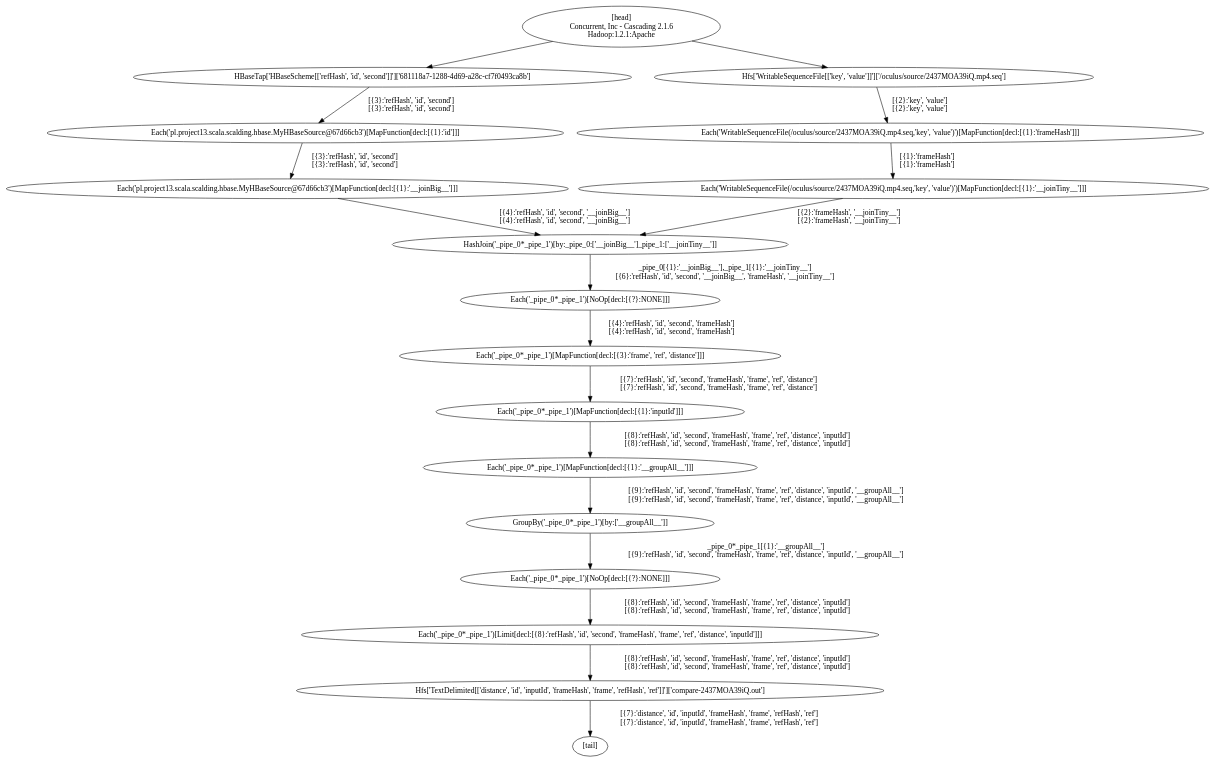
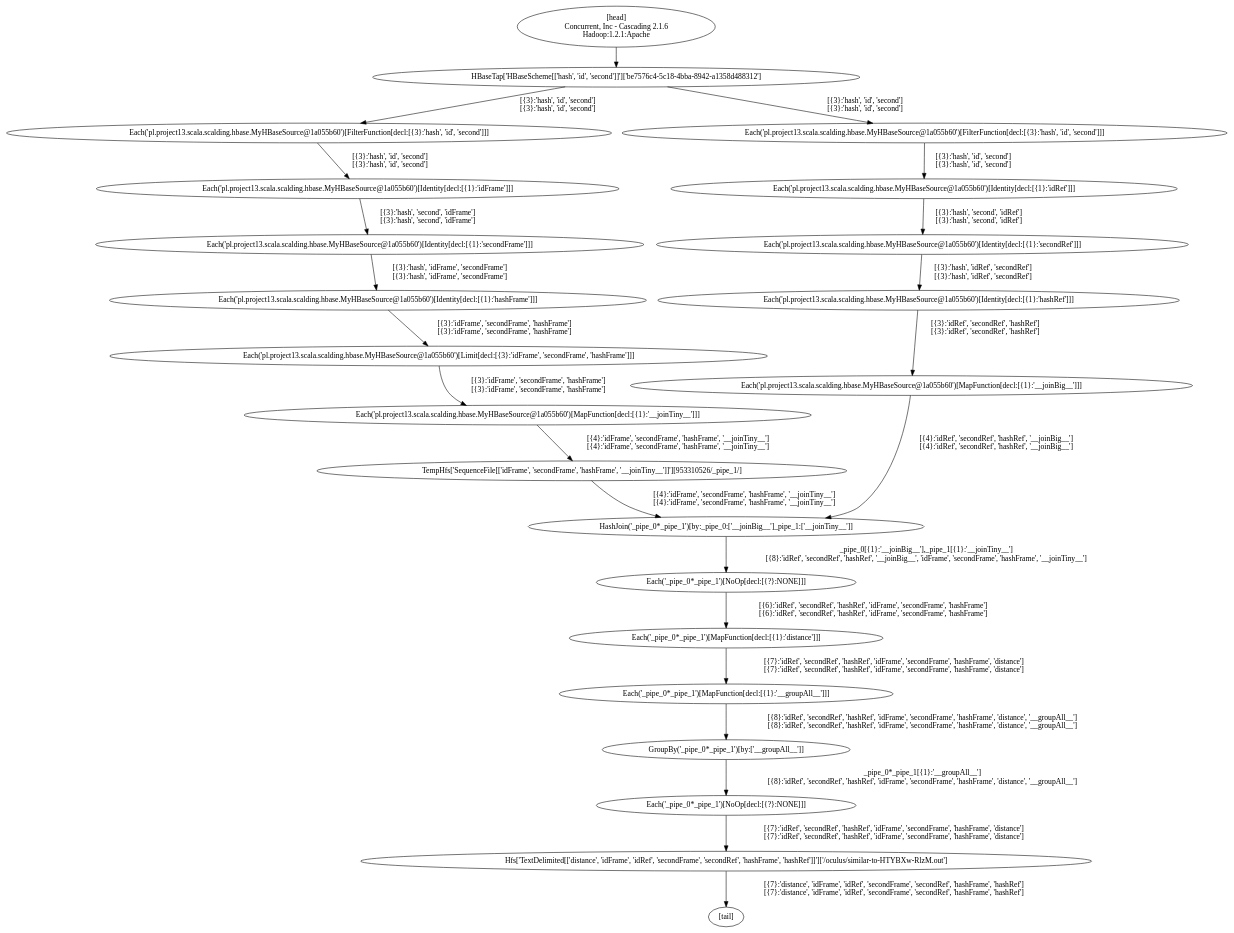
Before and after one commit to ktoso/oculus: the diagram in pl.project13.scala.oculus.job.FindSimilarMoviesJob0.dot, drawn with Graphviz. The commit also changed 1 other file, not shown here.

```diff
--- a/pl.project13.scala.oculus.job.FindSimilarMoviesJob0.dot
+++ b/pl.project13.scala.oculus.job.FindSimilarMoviesJob0.dot
@@ -1,36 +1,46 @@
 digraph G {
-  1 [label = "Hfs['TextDelimited[['distance', 'id', 'inputId', 'frameHash', 'frame', 'refHash', 'ref']]']['compare-2437MOA39iQ.out']"];
-  2 [label = "Each('_pipe_0*_pipe_1')[Limit[decl:[{8}:'refHash', 'id', 'second', 'frameHash', 'frame', 'ref', 'distance', 'inputId']]]"];
-  3 [label = "Each('_pipe_0*_pipe_1')[NoOp[decl:[{?}:NONE]]]"];
-  4 [label = "GroupBy('_pipe_0*_pipe_1')[by:['__groupAll__']]"];
-  5 [label = "Each('_pipe_0*_pipe_1')[MapFunction[decl:[{1}:'__groupAll__']]]"];
-  6 [label = "Each('_pipe_0*_pipe_1')[MapFunction[decl:[{1}:'inputId']]]"];
-  7 [label = "Each('_pipe_0*_pipe_1')[MapFunction[decl:[{3}:'frame', 'ref', 'distance']]]"];
-  8 [label = "Each('_pipe_0*_pipe_1')[NoOp[decl:[{?}:NONE]]]"];
-  9 [label = "HashJoin('_pipe_0*_pipe_1')[by:_pipe_0:['__joinBig__']_pipe_1:['__joinTiny__']]"];
-  10 [label = "Each('pl.project13.scala.scalding.hbase.MyHBaseSource@67d66cb3')[MapFunction[decl:[{1}:'__joinBig__']]]"];
-  11 [label = "Each('pl.project13.scala.scalding.hbase.MyHBaseSource@67d66cb3')[MapFunction[decl:[{1}:'id']]]"];
-  12 [label = "HBaseTap['HBaseScheme[['refHash', 'id', 'second']]']['681118a7-1288-4d69-a28c-cf7f0493ca8b']"];
-  13 [label = "Each('WritableSequenceFile(/oculus/source/2437MOA39iQ.mp4.seq,'key', 'value')')[MapFunction[decl:[{1}:'__joinTiny__']]]"];
-  14 [label = "Each('WritableSequenceFile(/oculus/source/2437MOA39iQ.mp4.seq,'key', 'value')')[MapFunction[decl:[{1}:'frameHash']]]"];
-  15 [label = "Hfs['WritableSequenceFile[['key', 'value']]']['/oculus/source/2437MOA39iQ.mp4.seq']"];
-  16 [label = "[head]\nConcurrent, Inc - Cascading 2.1.6\nHadoop:1.2.1:Apache"];
-  17 [label = "[tail]"];
-  11 -> 10 [label = "[{3}:'refHash', 'id', 'second']\n[{3}:'refHash', 'id', 'second']"];
-  14 -> 13 [label = "[{1}:'frameHash']\n[{1}:'frameHash']"];
-  9 -> 8 [label = "_pipe_0[{1}:'__joinBig__'],_pipe_1[{1}:'__joinTiny__']\n[{6}:'refHash', 'id', 'second', '__joinBig__', 'frameHash', '__joinTiny__']"];
-  8 -> 7 [label = "[{4}:'refHash', 'id', 'second', 'frameHash']\n[{4}:'refHash', 'id', 'second', 'frameHash']"];
-  7 -> 6 [label = "[{7}:'refHash', 'id', 'second', 'frameHash', 'frame', 'ref', 'distance']\n[{7}:'refHash', 'id', 'second', 'frameHash', 'frame', 'ref', 'distance']"];
-  6 -> 5 [label = "[{8}:'refHash', 'id', 'second', 'frameHash', 'frame', 'ref', 'distance', 'inputId']\n[{8}:'refHash', 'id', 'second', 'frameHash', 'frame', 'ref', 'distance', 'inputId']"];
-  5 -> 4 [label = "[{9}:'refHash', 'id', 'second', 'frameHash', 'frame', 'ref', 'distance', 'inputId', '__groupAll__']\n[{9}:'refHash', 'id', 'second', 'frameHash', 'frame', 'ref', 'distance', 'inputId', '__groupAll__']"];
-  4 -> 3 [label = "_pipe_0*_pipe_1[{1}:'__groupAll__']\n[{9}:'refHash', 'id', 'second', 'frameHash', 'frame', 'ref', 'distance', 'inputId', '__groupAll__']"];
-  3 -> 2 [label = "[{8}:'refHash', 'id', 'second', 'frameHash', 'frame', 'ref', 'distance', 'inputId']\n[{8}:'refHash', 'id', 'second', 'frameHash', 'frame', 'ref', 'distance', 'inputId']"];
-  16 -> 15 [label = ""];
-  16 -> 12 [label = ""];
-  1 -> 17 [label = "[{7}:'distance', 'id', 'inputId', 'frameHash', 'frame', 'refHash', 'ref']\n[{7}:'distance', 'id', 'inputId', 'frameHash', 'frame', 'refHash', 'ref']"];
-  12 -> 11 [label = "[{3}:'refHash', 'id', 'second']\n[{3}:'refHash', 'id', 'second']"];
-  10 -> 9 [label = "[{4}:'refHash', 'id', 'second', '__joinBig__']\n[{4}:'refHash', 'id', 'second', '__joinBig__']"];
-  2 -> 1 [label = "[{8}:'refHash', 'id', 'second', 'frameHash', 'frame', 'ref', 'distance', 'inputId']\n[{8}:'refHash', 'id', 'second', 'frameHash', 'frame', 'ref', 'distance', 'inputId']"];
-  15 -> 14 [label = "[{2}:'key', 'value']\n[{2}:'key', 'value']"];
-  13 -> 9 [label = "[{2}:'frameHash', '__joinTiny__']\n[{2}:'frameHash', '__joinTiny__']"];
+  1 [label = "Hfs['TextDelimited[['distance', 'idFrame', 'idRef', 'secondFrame', 'secondRef', 'hashFrame', 'hashRef']]']['/oculus/similar-to-HTYBXw-RlzM.out']"];
+  2 [label = "Each('_pipe_0*_pipe_1')[NoOp[decl:[{?}:NONE]]]"];
+  3 [label = "GroupBy('_pipe_0*_pipe_1')[by:['__groupAll__']]"];
+  4 [label = "Each('_pipe_0*_pipe_1')[MapFunction[decl:[{1}:'__groupAll__']]]"];
+  5 [label = "Each('_pipe_0*_pipe_1')[MapFunction[decl:[{1}:'distance']]]"];
+  6 [label = "Each('_pipe_0*_pipe_1')[NoOp[decl:[{?}:NONE]]]"];
+  7 [label = "HashJoin('_pipe_0*_pipe_1')[by:_pipe_0:['__joinBig__']_pipe_1:['__joinTiny__']]"];
+  8 [label = "Each('pl.project13.scala.scalding.hbase.MyHBaseSource@1a055b60')[MapFunction[decl:[{1}:'__joinTiny__']]]"];
+  9 [label = "Each('pl.project13.scala.scalding.hbase.MyHBaseSource@1a055b60')[Limit[decl:[{3}:'idFrame', 'secondFrame', 'hashFrame']]]"];
+  10 [label = "Each('pl.project13.scala.scalding.hbase.MyHBaseSource@1a055b60')[Identity[decl:[{1}:'hashFrame']]]"];
+  11 [label = "Each('pl.project13.scala.scalding.hbase.MyHBaseSource@1a055b60')[Identity[decl:[{1}:'secondFrame']]]"];
+  12 [label = "Each('pl.project13.scala.scalding.hbase.MyHBaseSource@1a055b60')[Identity[decl:[{1}:'idFrame']]]"];
+  13 [label = "Each('pl.project13.scala.scalding.hbase.MyHBaseSource@1a055b60')[FilterFunction[decl:[{3}:'hash', 'id', 'second']]]"];
+  14 [label = "HBaseTap['HBaseScheme[['hash', 'id', 'second']]']['be7576c4-5c18-4bba-8942-a1358d488312']"];
+  15 [label = "Each('pl.project13.scala.scalding.hbase.MyHBaseSource@1a055b60')[MapFunction[decl:[{1}:'__joinBig__']]]"];
+  16 [label = "Each('pl.project13.scala.scalding.hbase.MyHBaseSource@1a055b60')[Identity[decl:[{1}:'hashRef']]]"];
+  17 [label = "Each('pl.project13.scala.scalding.hbase.MyHBaseSource@1a055b60')[Identity[decl:[{1}:'secondRef']]]"];
+  18 [label = "Each('pl.project13.scala.scalding.hbase.MyHBaseSource@1a055b60')[Identity[decl:[{1}:'idRef']]]"];
+  19 [label = "Each('pl.project13.scala.scalding.hbase.MyHBaseSource@1a055b60')[FilterFunction[decl:[{3}:'hash', 'id', 'second']]]"];
+  20 [label = "[head]\nConcurrent, Inc - Cascading 2.1.6\nHadoop:1.2.1:Apache"];
+  21 [label = "[tail]"];
+  22 [label = "TempHfs['SequenceFile[['idFrame', 'secondFrame', 'hashFrame', '__joinTiny__']]'][953310526/_pipe_1/]"];
+  13 -> 12 [label = "[{3}:'hash', 'id', 'second']\n[{3}:'hash', 'id', 'second']"];
+  12 -> 11 [label = "[{3}:'hash', 'second', 'idFrame']\n[{3}:'hash', 'second', 'idFrame']"];
+  11 -> 10 [label = "[{3}:'hash', 'idFrame', 'secondFrame']\n[{3}:'hash', 'idFrame', 'secondFrame']"];
+  10 -> 9 [label = "[{3}:'idFrame', 'secondFrame', 'hashFrame']\n[{3}:'idFrame', 'secondFrame', 'hashFrame']"];
+  9 -> 8 [label = "[{3}:'idFrame', 'secondFrame', 'hashFrame']\n[{3}:'idFrame', 'secondFrame', 'hashFrame']"];
+  19 -> 18 [label = "[{3}:'hash', 'id', 'second']\n[{3}:'hash', 'id', 'second']"];
+  18 -> 17 [label = "[{3}:'hash', 'second', 'idRef']\n[{3}:'hash', 'second', 'idRef']"];
+  17 -> 16 [label = "[{3}:'hash', 'idRef', 'secondRef']\n[{3}:'hash', 'idRef', 'secondRef']"];
+  16 -> 15 [label = "[{3}:'idRef', 'secondRef', 'hashRef']\n[{3}:'idRef', 'secondRef', 'hashRef']"];
+  7 -> 6 [label = "_pipe_0[{1}:'__joinBig__'],_pipe_1[{1}:'__joinTiny__']\n[{8}:'idRef', 'secondRef', 'hashRef', '__joinBig__', 'idFrame', 'secondFrame', 'hashFrame', '__joinTiny__']"];
+  6 -> 5 [label = "[{6}:'idRef', 'secondRef', 'hashRef', 'idFrame', 'secondFrame', 'hashFrame']\n[{6}:'idRef', 'secondRef', 'hashRef', 'idFrame', 'secondFrame', 'hashFrame']"];
+  5 -> 4 [label = "[{7}:'idRef', 'secondRef', 'hashRef', 'idFrame', 'secondFrame', 'hashFrame', 'distance']\n[{7}:'idRef', 'secondRef', 'hashRef', 'idFrame', 'secondFrame', 'hashFrame', 'distance']"];
+  4 -> 3 [label = "[{8}:'idRef', 'secondRef', 'hashRef', 'idFrame', 'secondFrame', 'hashFrame', 'distance', '__groupAll__']\n[{8}:'idRef', 'secondRef', 'hashRef', 'idFrame', 'secondFrame', 'hashFrame', 'distance', '__groupAll__']"];
+  3 -> 2 [label = "_pipe_0*_pipe_1[{1}:'__groupAll__']\n[{8}:'idRef', 'secondRef', 'hashRef', 'idFrame', 'secondFrame', 'hashFrame', 'distance', '__groupAll__']"];
+  20 -> 14 [label = ""];
+  1 -> 21 [label = "[{7}:'distance', 'idFrame', 'idRef', 'secondFrame', 'secondRef', 'hashFrame', 'hashRef']\n[{7}:'distance', 'idFrame', 'idRef', 'secondFrame', 'secondRef', 'hashFrame', 'hashRef']"];
+  22 -> 7 [label = "[{4}:'idFrame', 'secondFrame', 'hashFrame', '__joinTiny__']\n[{4}:'idFrame', 'secondFrame', 'hashFrame', '__joinTiny__']"];
+  14 -> 13 [label = "[{3}:'hash', 'id', 'second']\n[{3}:'hash', 'id', 'second']"];
+  14 -> 19 [label = "[{3}:'hash', 'id', 'second']\n[{3}:'hash', 'id', 'second']"];
+  15 -> 7 [label = "[{4}:'idRef', 'secondRef', 'hashRef', '__joinBig__']\n[{4}:'idRef', 'secondRef', 'hashRef', '__joinBig__']"];
+  2 -> 1 [label = "[{7}:'idRef', 'secondRef', 'hashRef', 'idFrame', 'secondFrame', 'hashFrame', 'distance']\n[{7}:'idRef', 'secondRef', 'hashRef', 'idFrame', 'secondFrame', 'hashFrame', 'distance']"];
+  8 -> 22 [label = "[{4}:'idFrame', 'secondFrame', 'hashFrame', '__joinTiny__']\n[{4}:'idFrame', 'secondFrame', 'hashFrame', '__joinTiny__']"];
 }
```
